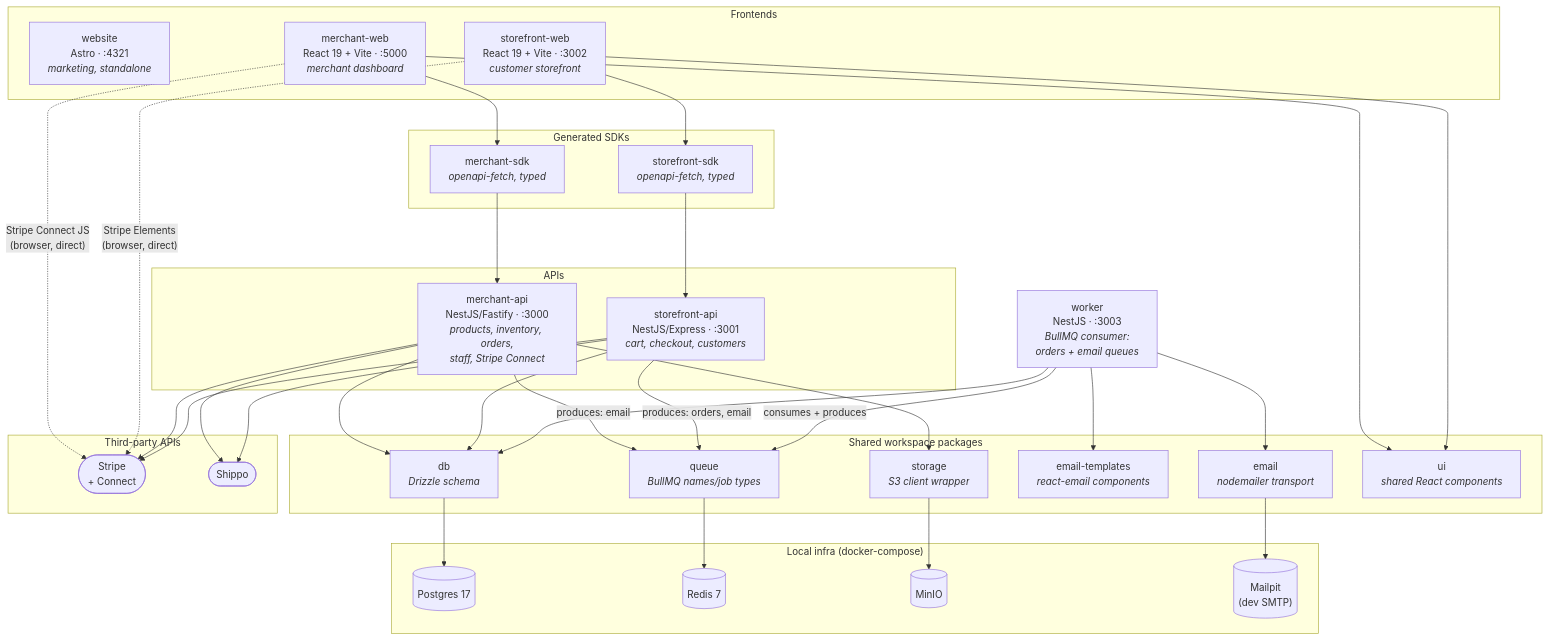
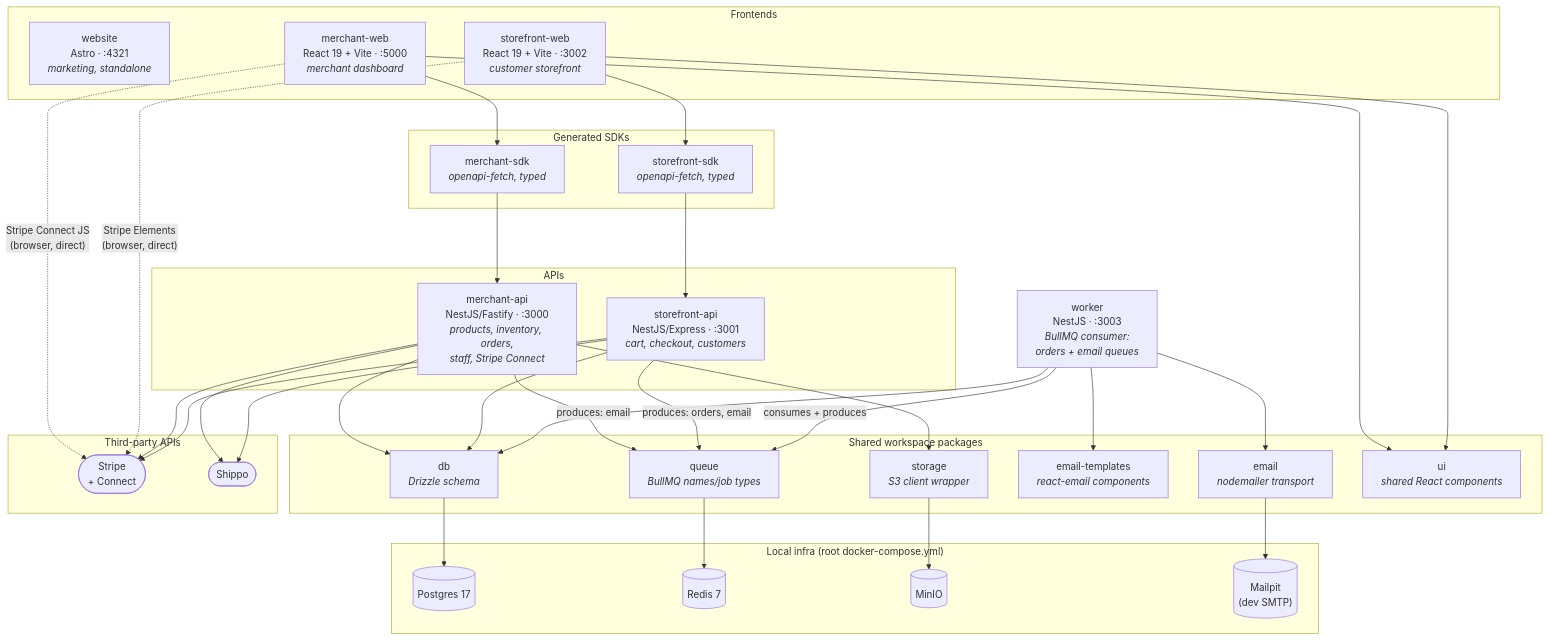
The first of 2 diagrams in ARCHITECTURE.md (noel-vega/Finances), drawn with Mermaid before and after one commit. The commit also changed 28 other files, not shown here.

````diff
--- a/ARCHITECTURE.md
+++ b/ARCHITECTURE.md
@@ -11,67 +11,67 @@
 ```mermaid
 flowchart TB
     subgraph FE["Frontends"]
         website["website<br/>Astro · :4321<br/><i>marketing, standalone</i>"]
         adminweb["merchant-web<br/>React 19 + Vite · :5000<br/><i>merchant dashboard</i>"]
         storeweb["storefront-web<br/>React 19 + Vite · :3002<br/><i>customer storefront</i>"]
     end
 
     subgraph SDK["Generated SDKs"]
         adminsdk["merchant-sdk<br/><i>openapi-fetch, typed</i>"]
         storesdk["storefront-sdk<br/><i>openapi-fetch, typed</i>"]
     end
 
     subgraph API["APIs"]
         adminapi["merchant-api<br/>NestJS/Fastify · :3000<br/><i>products, inventory, orders,<br/>staff, Stripe Connect</i>"]
         storeapi["storefront-api<br/>NestJS/Express · :3001<br/><i>cart, checkout, customers</i>"]
     end
 
     worker["worker<br/>NestJS · :3003<br/><i>BullMQ consumer:<br/>orders + email queues</i>"]
 
     subgraph PKG["Shared workspace packages"]
         db["db<br/><i>Drizzle schema</i>"]
         queue["queue<br/><i>BullMQ names/job types</i>"]
         email["email<br/><i>nodemailer transport</i>"]
         emailtpl["email-templates<br/><i>react-email components</i>"]
         storage["storage<br/><i>S3 client wrapper</i>"]
         ui["ui<br/><i>shared React components</i>"]
     end
 
-    subgraph INFRA["Local infra (docker-compose)"]
+    subgraph INFRA["Local infra (root docker-compose.yml)"]
         postgres[("Postgres 17")]
         redis[("Redis 7")]
         minio[("MinIO")]
         mailpit[("Mailpit<br/>(dev SMTP)")]
     end
 
     subgraph EXT["Third-party APIs"]
         stripe(["Stripe<br/>+ Connect"])
         shippo(["Shippo"])
     end
 
     adminweb --> adminsdk --> adminapi
     storeweb --> storesdk --> storeapi
     adminweb -. "Stripe Connect JS<br/>(browser, direct)" .-> stripe
     storeweb -. "Stripe Elements<br/>(browser, direct)" .-> stripe
     adminweb --> ui
     storeweb --> ui
 
     adminapi --> db
     storeapi --> db
     worker --> db
     db --> postgres
 
     adminapi -->|produces: email| queue
     storeapi -->|produces: orders, email| queue
     worker -->|consumes + produces| queue
     queue --> redis
 
     adminapi --> storage --> minio
     adminapi --> stripe
     adminapi --> shippo
     storeapi --> stripe
     storeapi --> shippo
 
     worker --> email --> mailpit
     worker --> emailtpl
 ```
````
